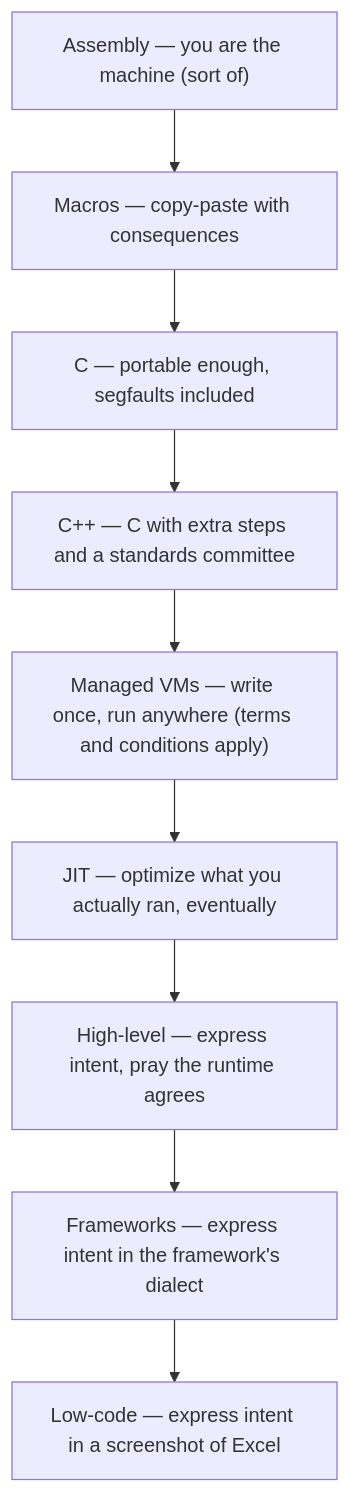
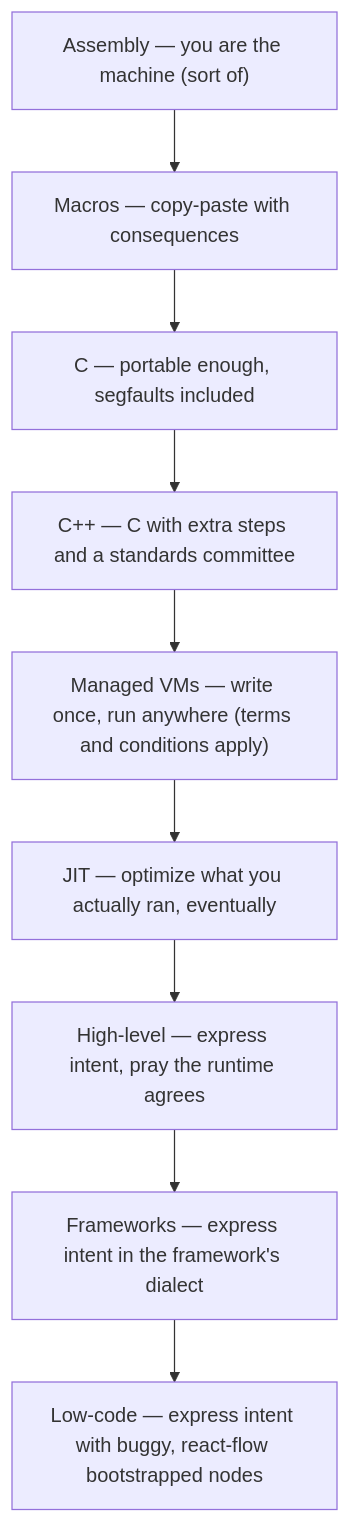
One commit to Cyber-Nomad-Collective/beskid changed the diagram in site/website/src/content/docs/book/00-why-beskid-exists/shoulders-of-giants.md. Above: the diagram before and after it, drawn with Mermaid. The commit also changed 18 other files, not shown here.

````diff
--- a/site/website/src/content/docs/book/00-why-beskid-exists/shoulders-of-giants.md
+++ b/site/website/src/content/docs/book/00-why-beskid-exists/shoulders-of-giants.md
@@ -13,14 +13,14 @@
 ```mermaid
 flowchart TB
   assembly["Assembly — you are the machine (sort of)"]
   macros["Macros — copy-paste with consequences"]
   c["C — portable enough, segfaults included"]
   cpp["C++ — C with extra steps and a standards committee"]
   vms["Managed VMs — write once, run anywhere (terms and conditions apply)"]
   jit["JIT — optimize what you actually ran, eventually"]
   highlevel["High-level — express intent, pray the runtime agrees"]
   frameworks["Frameworks — express intent in the framework's dialect"]
-  lowcode["Low-code — express intent in a screenshot of Excel"]
+  lowcode["Low-code — express intent with buggy, react-flow bootstrapped nodes"]
 
   assembly --> macros --> c --> cpp --> vms --> jit --> highlevel --> frameworks --> lowcode
 ```
````
